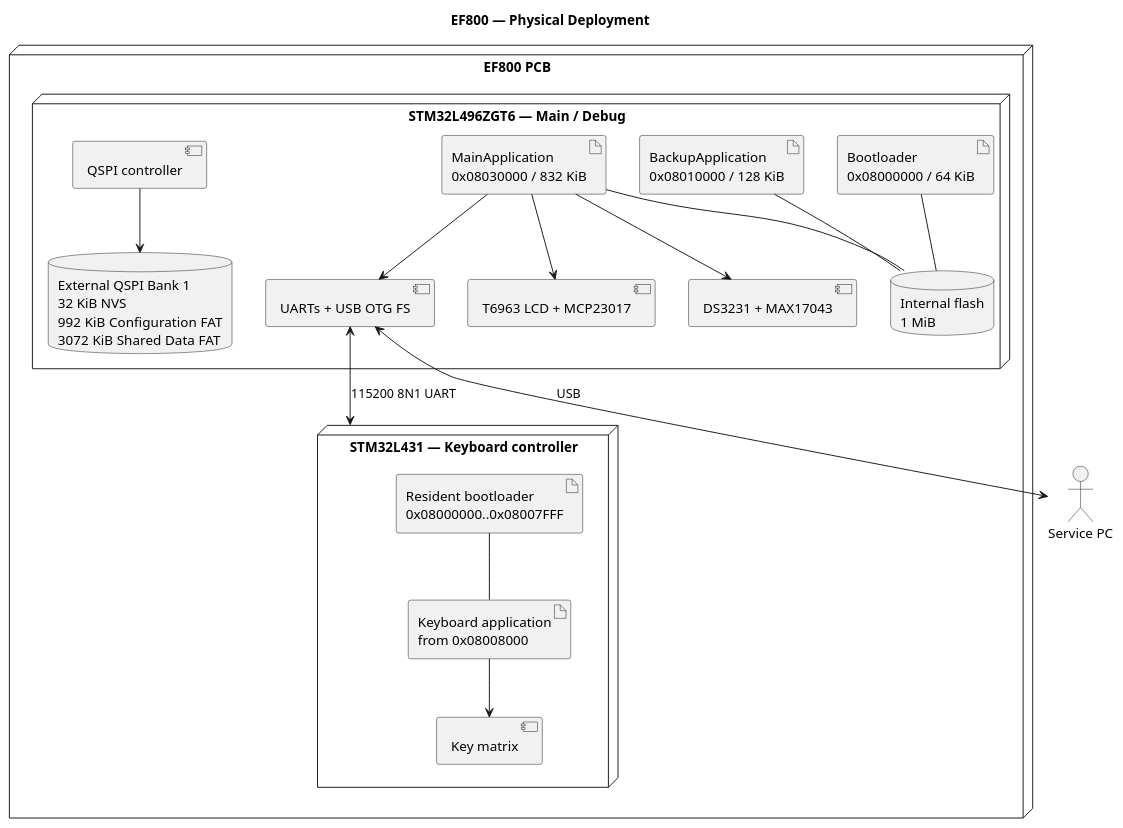
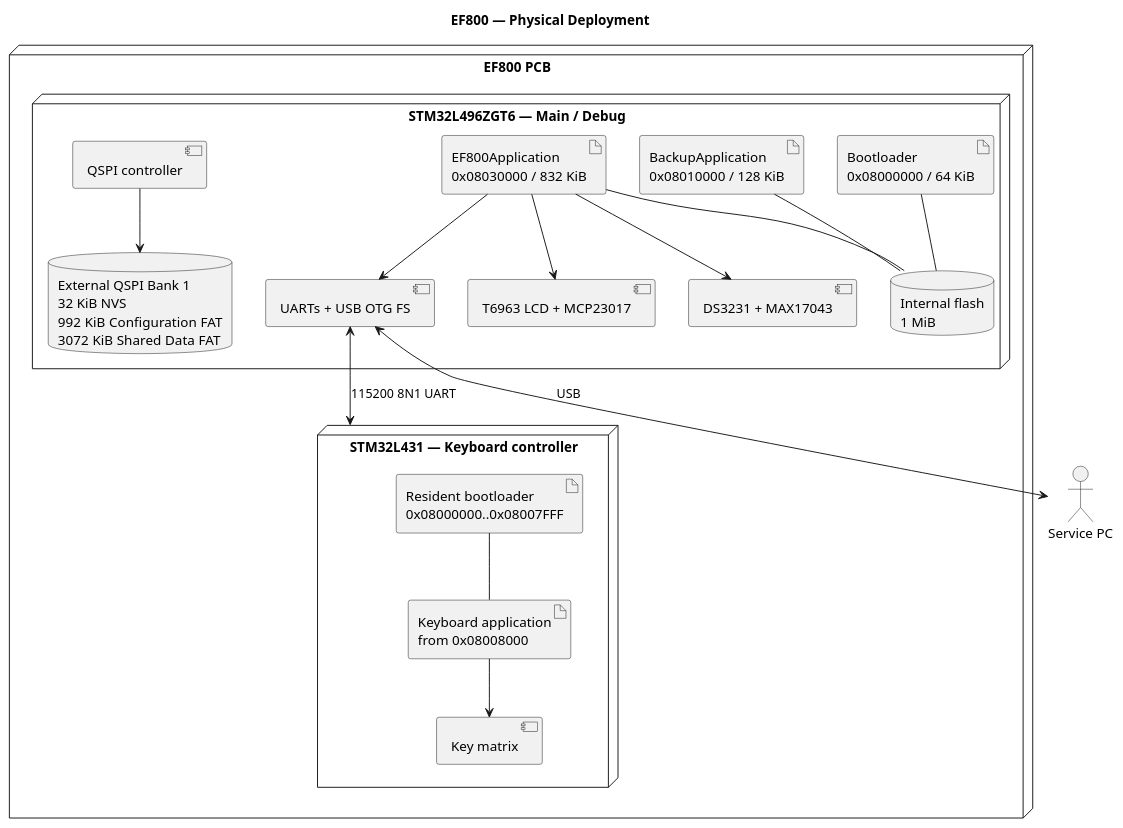
The diagram in architecture/diagram_as_code/07_deployment_view/physical_ef800.puml (jaster-prj/EF800-Zephyr), drawn with PlantUML before and after one commit. The commit also changed 386 other files, not shown here.

```diff
--- a/architecture/diagram_as_code/07_deployment_view/physical_ef800.puml
+++ b/architecture/diagram_as_code/07_deployment_view/physical_ef800.puml
@@ -1,36 +1,36 @@
 @startuml physical_ef800
 title EF800 — Physical Deployment
 top to bottom direction
 
 node "EF800 PCB" {
   node "STM32L496ZGT6 — Main / Debug" as l496 {
     artifact "Bootloader\n0x08000000 / 64 KiB" as bl
     artifact "BackupApplication\n0x08010000 / 128 KiB" as backup
-    artifact "MainApplication\n0x08030000 / 832 KiB" as main
+    artifact "EF800Application\n0x08030000 / 832 KiB" as main
     database "Internal flash\n1 MiB" as internal
     component "QSPI controller" as qspi_ctl
     database "External QSPI Bank 1\n32 KiB NVS\n992 KiB Configuration FAT\n3072 KiB Shared Data FAT" as qspi
     component "T6963 LCD + MCP23017" as lcd
     component "DS3231 + MAX17043" as sensors
     component "UARTs + USB OTG FS" as interfaces
   }
   node "STM32L431 — Keyboard controller" as l431 {
     artifact "Resident bootloader\n0x08000000..0x08007FFF" as kbl
     artifact "Keyboard application\nfrom 0x08008000" as kapp
     component "Key matrix" as matrix
   }
 }
 actor "Service PC" as pc
 
 bl -- internal
 backup -- internal
 main -- internal
 qspi_ctl --> qspi
 main --> lcd
 main --> sensors
 main --> interfaces
 interfaces <--> pc : USB
 interfaces <--> l431 : 115200 8N1 UART
 kbl -- kapp
 kapp --> matrix
 @enduml
```
